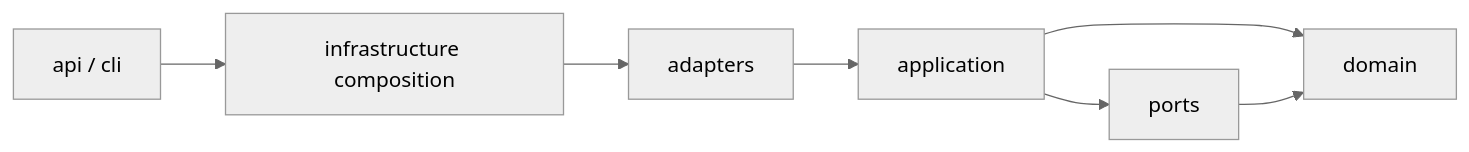
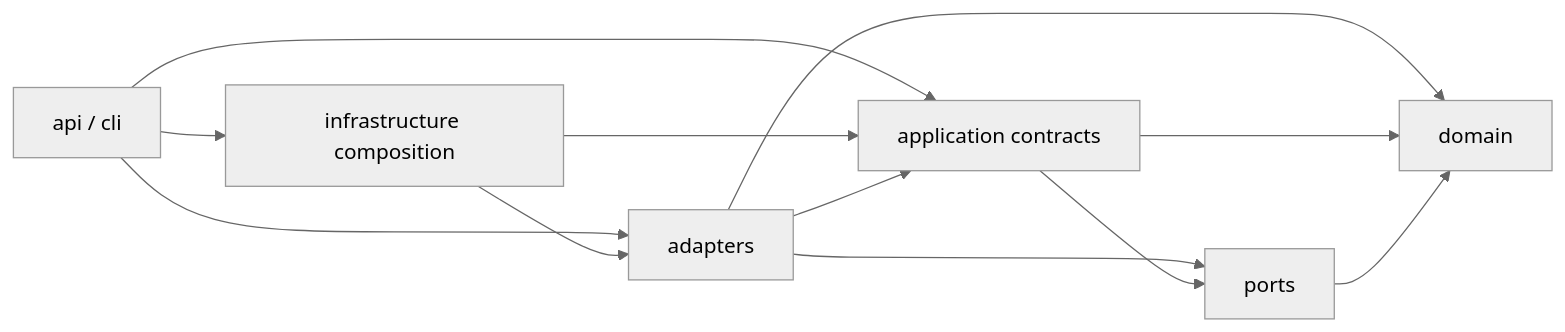
Before and after one commit to NarrowCTI/narrowcti: the diagram in docs/architecture/overview.md, drawn with Mermaid (neutral theme). The commit also changed 10 other files, not shown here.

Commit message:
fix: harden PR-21 architecture and documentation gates

````diff
--- a/docs/architecture/overview.md
+++ b/docs/architecture/overview.md
@@ -11,9 +11,14 @@
 ```mermaid
 flowchart LR
   API[api / cli] --> INF[infrastructure composition]
-  INF --> ADP[adapters]
-  ADP --> APP[application]
-  APP --> PORTS[ports]
-  APP --> DOMAIN[domain]
+  API --> ADP[adapters]
+  API --> APP[application]
+  INF --> ADP
+  INF --> APP
+  ADP --> APP[application contracts]
+  ADP --> PORTS[ports]
+  ADP --> DOMAIN[domain]
+  APP --> PORTS
+  APP --> DOMAIN
   PORTS --> DOMAIN
 ```
````
